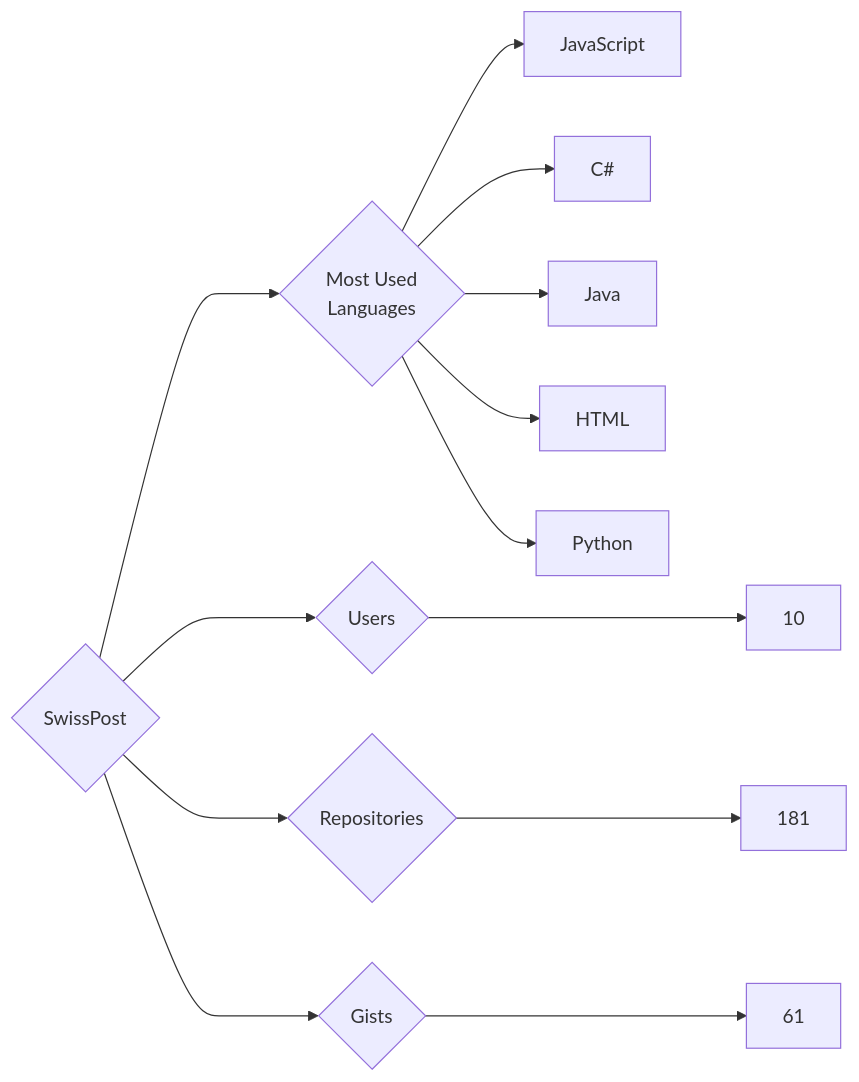
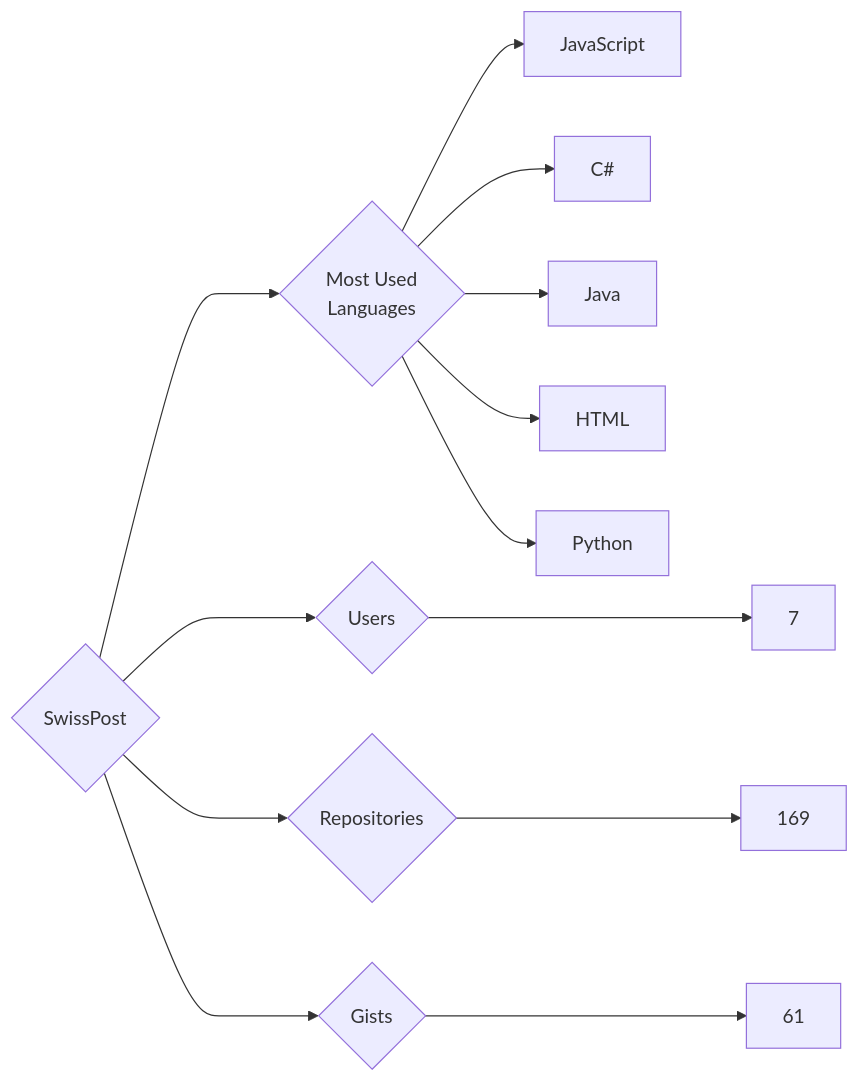
Before and after one commit to trickest/insiders: the diagram in targets/SwissPost/README.md, drawn with Mermaid. The commit also changed 995 other files, not shown here.

````diff
--- a/targets/SwissPost/README.md
+++ b/targets/SwissPost/README.md
@@ -3,13 +3,13 @@
 ```mermaid
 graph LR
 COMPANY_NAME{SwissPost}
-COMPANY_NAME ---> U{Users} ---> UN[10]
-COMPANY_NAME ---> R{Repositories} ---> RN[181]
+COMPANY_NAME ---> U{Users} ---> UN[7]
+COMPANY_NAME ---> R{Repositories} ---> RN[169]
 COMPANY_NAME ---> G{Gists} ---> GN[61]
 COMPANY_NAME ---> ML{Most Used<br>Languages}
 ML --> JavaScript[JavaScript]
 ML --> C#[C#]
 ML --> Java[Java]
 ML --> HTML[HTML]
 ML --> Python[Python]
 ```
````
